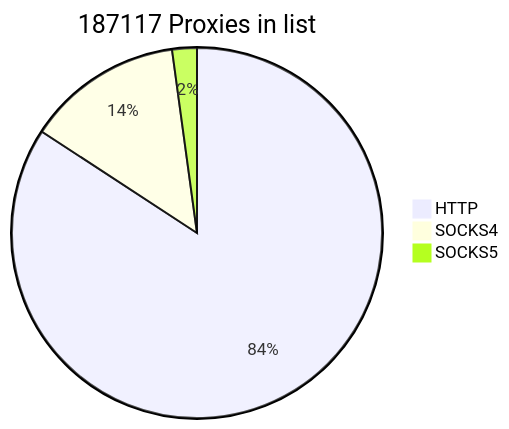
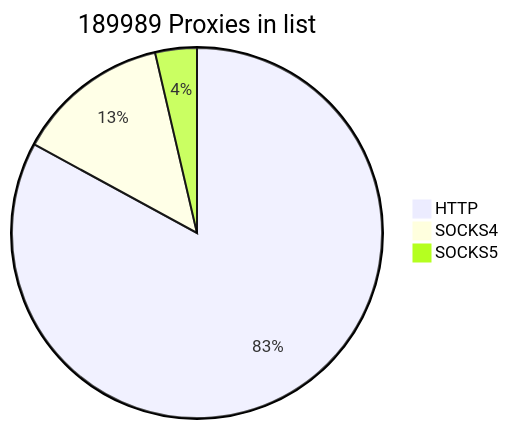
Before and after one commit to cutipu/proxylist: the first of 2 diagrams in README.md, drawn with Mermaid. The commit also changed other lines of this file, not shown here.

````diff
--- a/README.md
+++ b/README.md
@@ -2,7 +2,7 @@
 ```mermaid
-pie title 187117 Proxies in list
-    "HTTP" : 157577
-    "SOCKS4" : 25500
-    "SOCKS5" : 4040
+pie title 189989 Proxies in list
+    "HTTP" : 157578
+    "SOCKS4" : 25498
+    "SOCKS5" : 6913
             
 ```
````
